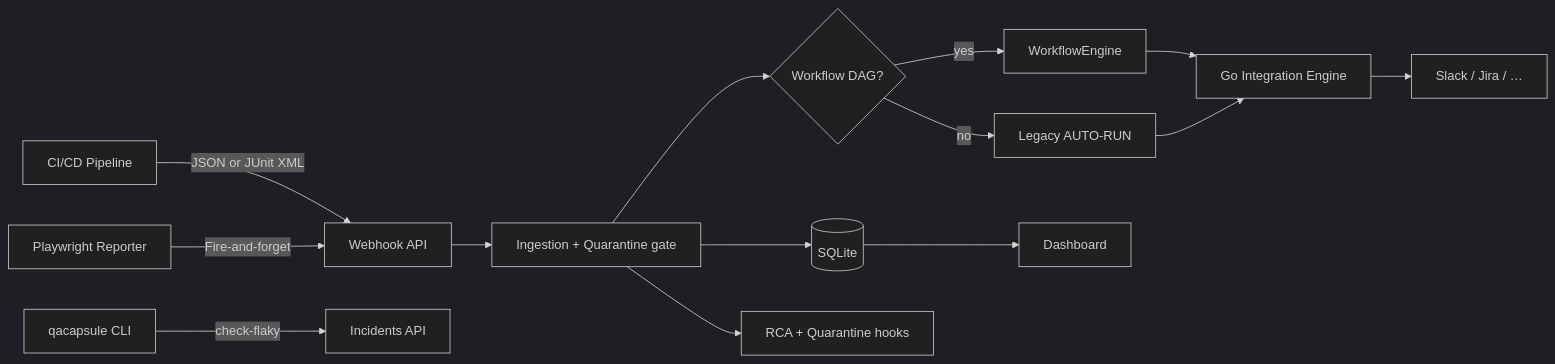
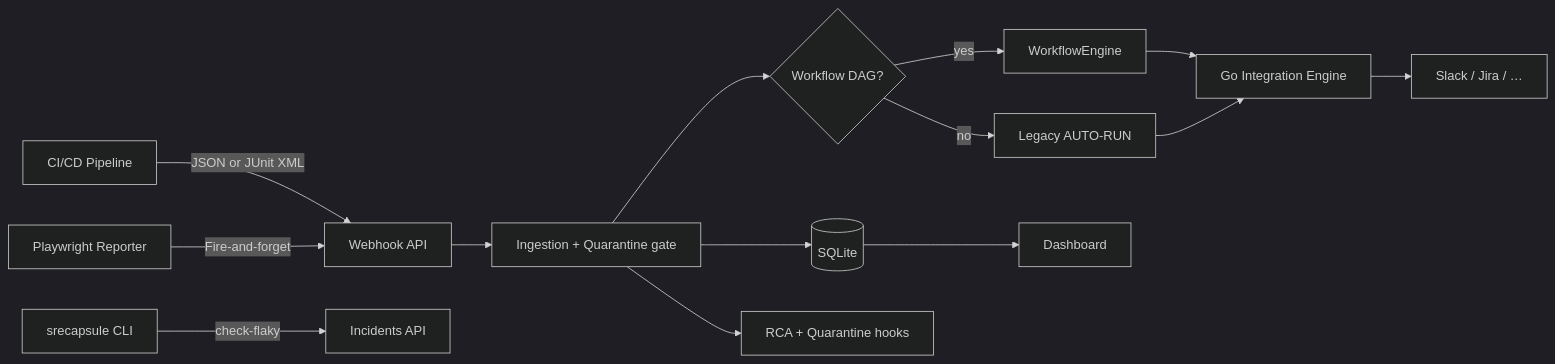
One commit to Ashraf-Khabar/qa-capsule changed the diagram in docs/index.md. Above: the diagram before and after it, drawn with Mermaid (dark theme). The commit also changed other lines of this file and 180 other files, not shown here.

````diff
--- a/docs/index.md
+++ b/docs/index.md
@@ -52,16 +52,16 @@
 ```mermaid
 flowchart LR
     CI[CI/CD Pipeline] -->|JSON or JUnit XML| WH[Webhook API]
     PW[Playwright Reporter] -->|Fire-and-forget| WH
-    CLI[qacapsule CLI] -->|check-flaky| API[Incidents API]
+    CLI[srecapsule CLI] -->|check-flaky| API[Incidents API]
     WH --> ING[Ingestion + Quarantine gate]
     ING --> DB[(SQLite)]
     ING --> WF{Workflow DAG?}
     WF -->|yes| WFE[WorkflowEngine]
     WF -->|no| LEG[Legacy AUTO-RUN]
     WFE --> PLG[Go Integration Engine]
     LEG --> PLG
     ING --> HOOK[RCA + Quarantine hooks]
     DB --> UI[Dashboard]
     PLG --> Slack[Slack / Jira / …]
 ```
````
